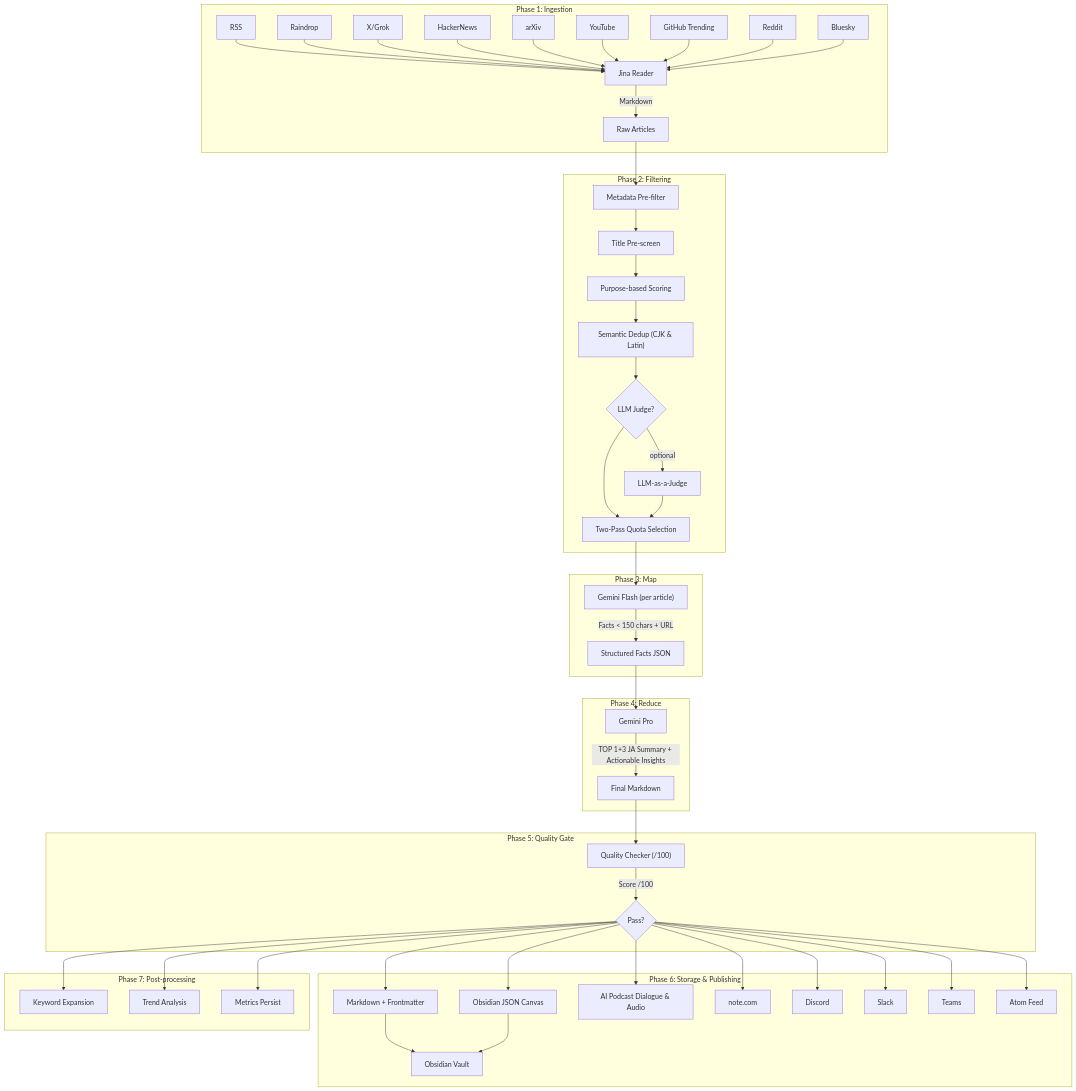
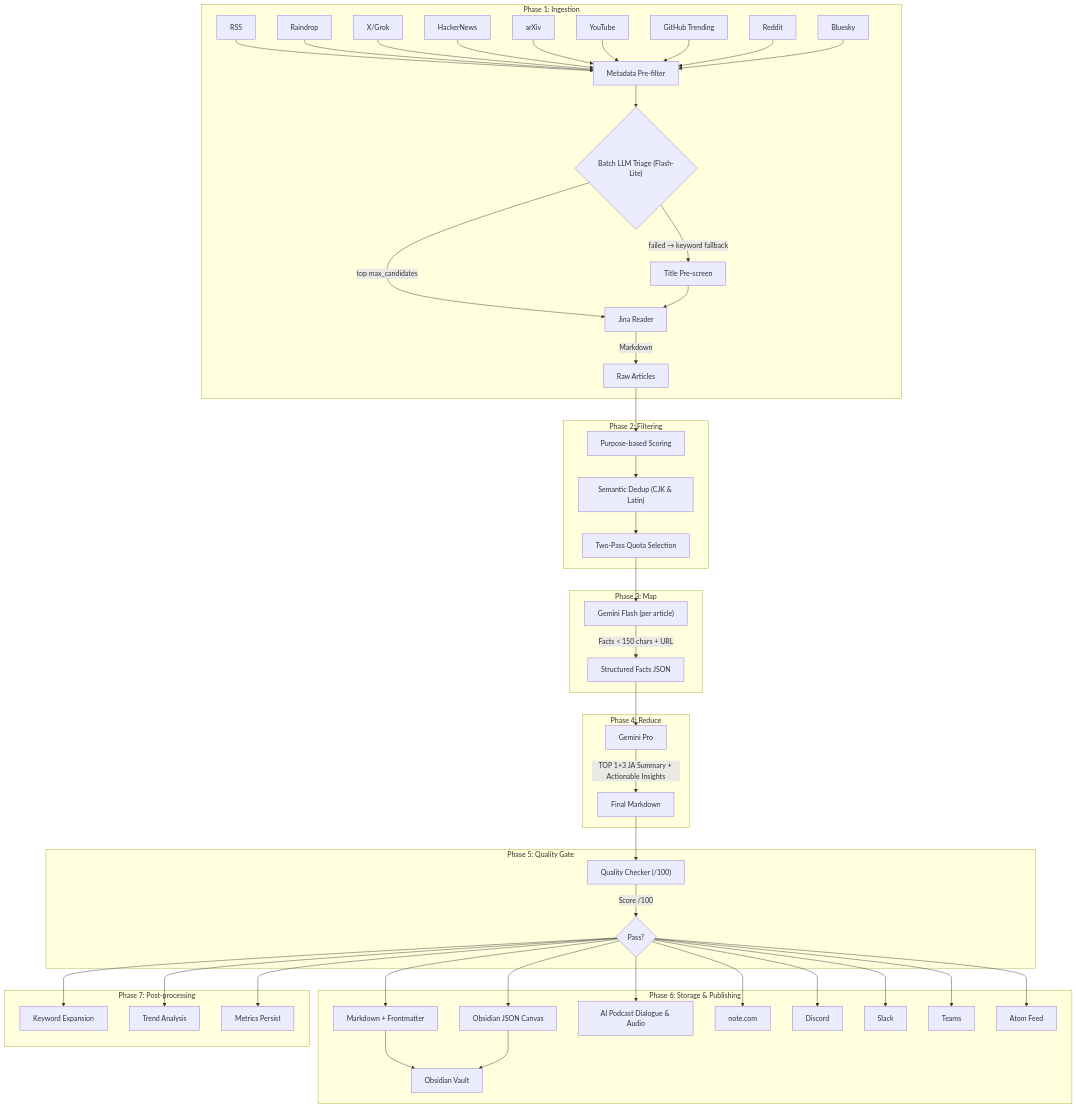
The first of 2 diagrams in docs/architecture.md (sun-flat-yamada/digital-trend-flow), drawn with Mermaid before and after one commit. The commit also changed other lines of this file and 23 other files, not shown here.

First line of the commit message:
feat(filtering): add batch LLM triage before body extraction

````diff
--- a/docs/architecture.md
+++ b/docs/architecture.md
@@ -7,52 +7,51 @@
 ```mermaid
 flowchart TD
     subgraph "Phase 1: Ingestion"
         S1[RSS] & S2[Raindrop] & S3[X/Grok] & S4[HackerNews] & S5[arXiv] & S6[YouTube] & S7[GitHub Trending] & S8[Reddit] & S9[Bluesky]
-        S1 & S2 & S3 & S4 & S5 & S6 & S7 & S8 & S9 --> JR[Jina Reader]
+        S1 & S2 & S3 & S4 & S5 & S6 & S7 & S8 & S9 --> META[Metadata Pre-filter]
+        META --> TRIAGE{"Batch LLM Triage (Flash-Lite)"}
+        TRIAGE -->|"top max_candidates"| JR[Jina Reader]
+        TRIAGE -->|"failed → keyword fallback"| TITLE[Title Pre-screen]
+        TITLE --> JR
         JR --> |Markdown| RAW[Raw Articles]
     end
 
     subgraph "Phase 2: Filtering"
-        RAW --> META[Metadata Pre-filter]
-        META --> TITLE[Title Pre-screen]
-        TITLE --> SCORE[Purpose-based Scoring]
+        RAW --> SCORE[Purpose-based Scoring]
         SCORE --> DEDUP["Semantic Dedup (CJK & Latin)"]
-        DEDUP --> JUDGE{LLM Judge?}
-        JUDGE -->|optional| LJ[LLM-as-a-Judge]
-        JUDGE --> QUOTA[Two-Pass Quota Selection]
-        LJ --> QUOTA
+        DEDUP --> QUOTA[Two-Pass Quota Selection]
     end
 
     subgraph "Phase 3: Map"
         QUOTA --> FLASH["Gemini Flash (per article)"]
         FLASH --> |"Facts < 150 chars + URL"| FACTS[Structured Facts JSON]
     end
 
     subgraph "Phase 4: Reduce"
         FACTS --> PRO[Gemini Pro]
         PRO --> |"TOP 1+3 JA Summary + Actionable Insights"| SUMMARY[Final Markdown]
     end
 
     subgraph "Phase 5: Quality Gate"
         SUMMARY --> QC["Quality Checker (/100)"]
         QC --> |"Score /100"| GATE{Pass?}
     end
 
     subgraph "Phase 6: Storage & Publishing"
         GATE --> MD[Markdown + Frontmatter]
         GATE --> CANVAS[Obsidian JSON Canvas]
         GATE --> PODCAST[AI Podcast Dialogue & Audio]
         GATE --> NOTE[note.com]
         GATE --> DISCORD[Discord]
         GATE --> SLACK[Slack]
         GATE --> TEAMS[Teams]
         GATE --> FEED[Atom Feed]
         MD & CANVAS --> OBS[Obsidian Vault]
     end
 
     subgraph "Phase 7: Post-processing"
         GATE --> KW[Keyword Expansion]
         GATE --> TREND[Trend Analysis]
         GATE --> METRICS[Metrics Persist]
     end
 ```
````
